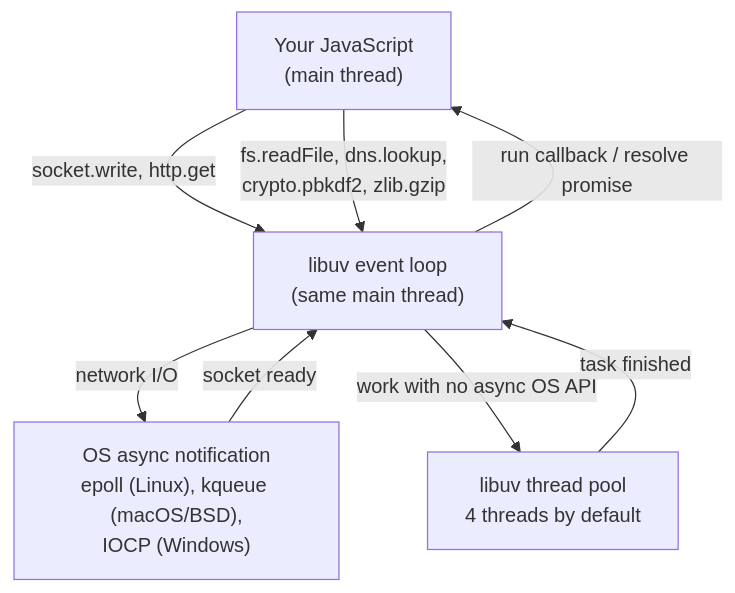
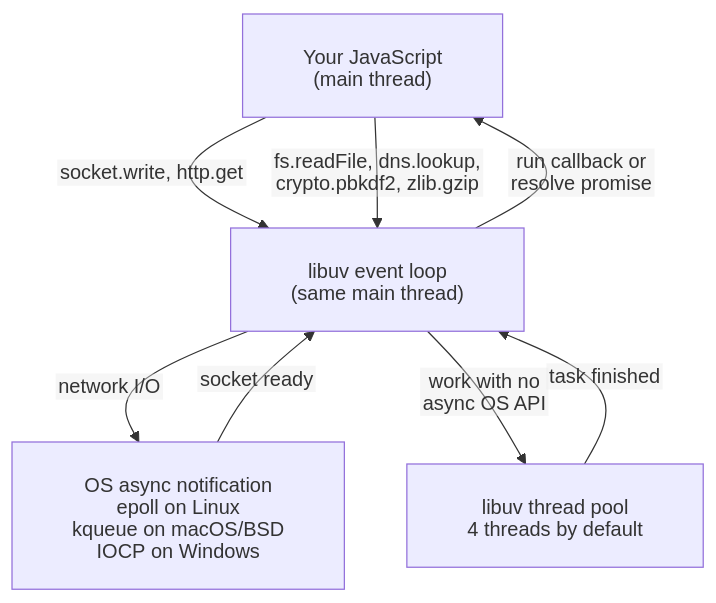
The sixth of 26 diagrams in README.md (renatolinsdigital/nodejs-quickstart), drawn with Mermaid before and after one commit. The commit also changed other lines of this file, not shown here.

First line of the commit message:
renames guide to Understanding Node.js Well and fixes clipped diagram labels

````diff
--- a/README.md
+++ b/README.md
@@ -505,10 +510,11 @@
 ```mermaid
+%%{init: {"htmlLabels": false, "flowchart": {"htmlLabels": false, "wrappingWidth": 400, "padding": 24}}}%%
 flowchart TB
     JS["Your JavaScript<br/>(main thread)"] -- "socket.write, http.get" --> LOOP["libuv event loop<br/>(same main thread)"]
     JS -- "fs.readFile, dns.lookup,<br/>crypto.pbkdf2, zlib.gzip" --> LOOP
-    LOOP -- "network I/O" --> KERNEL["OS async notification<br/>epoll (Linux), kqueue (macOS/BSD),<br/>IOCP (Windows)"]
-    LOOP -- "work with no async OS API" --> POOL["libuv thread pool<br/>4 threads by default"]
+    LOOP -- "network I/O" --> KERNEL["OS async notification<br/>epoll on Linux<br/>kqueue on macOS/BSD<br/>IOCP on Windows"]
+    LOOP -- "work with no<br/>async OS API" --> POOL["libuv thread pool<br/>4 threads by default"]
     KERNEL -- "socket ready" --> LOOP
     POOL -- "task finished" --> LOOP
-    LOOP -- "run callback / resolve promise" --> JS
+    LOOP -- "run callback or<br/>resolve promise" --> JS
 ```
````
